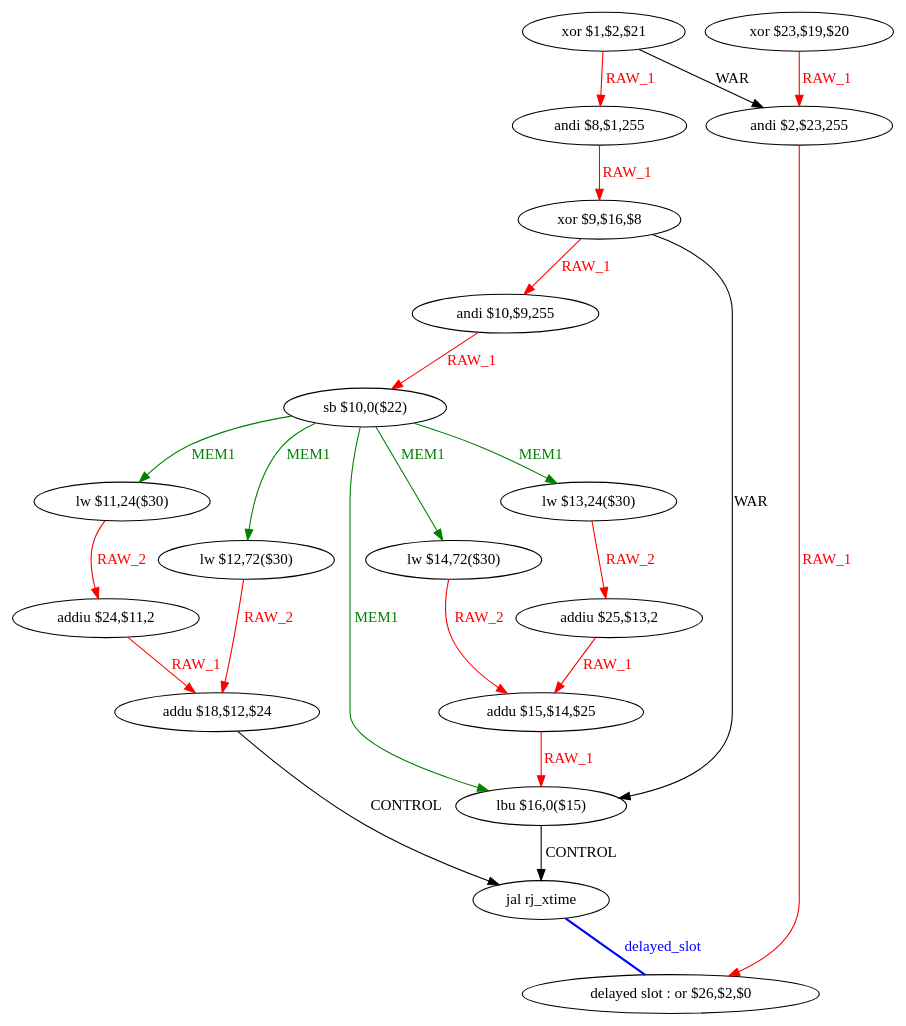
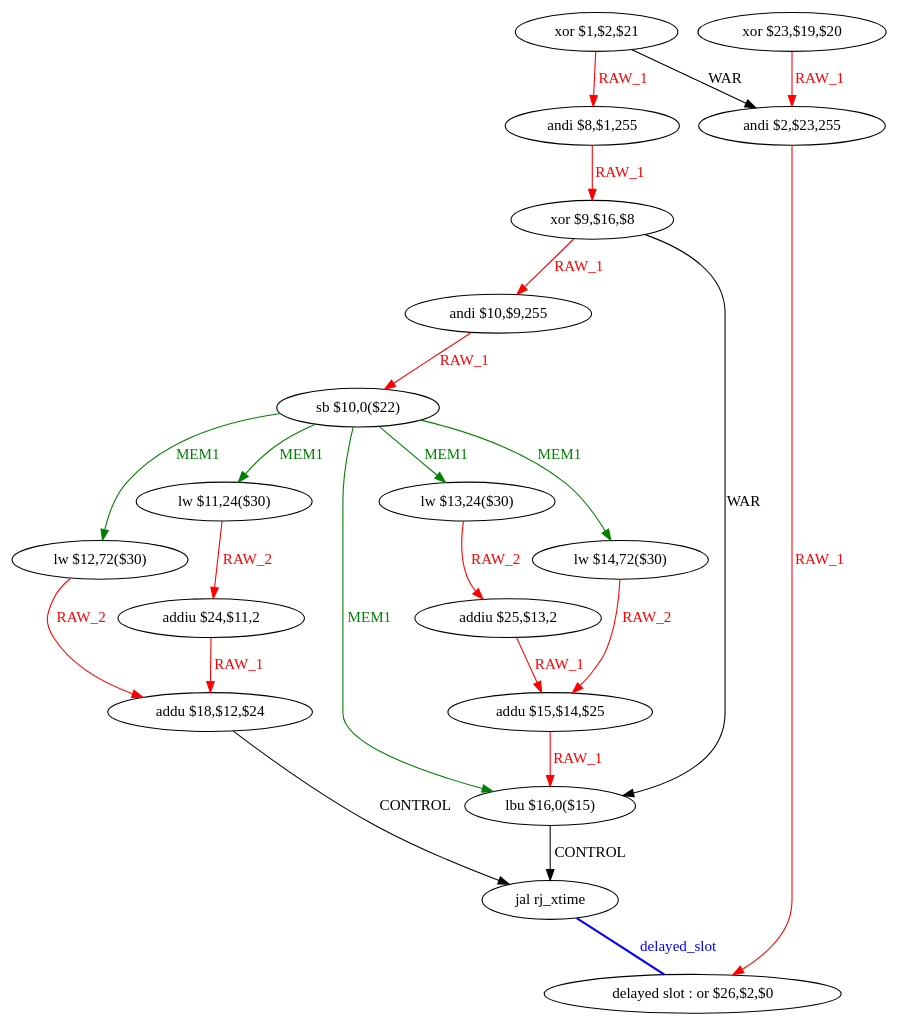
One commit to lisuxue/CA changed the diagram in CoursCA/CodeEtudiant2019/CodeEtudiant/tmp/aes_O0_func_7_dfg_bb3_renamed.dot. Above: the diagram before and after it, drawn with Graphviz. The commit also changed other lines of this file and 169 other files, not shown here.

```diff
--- a/CoursCA/CodeEtudiant2019/CodeEtudiant/tmp/aes_O0_func_7_dfg_bb3_renamed.dot
+++ b/CoursCA/CodeEtudiant2019/CodeEtudiant/tmp/aes_O0_func_7_dfg_bb3_renamed.dot
@@ -1,44 +1,44 @@
 digraph G1 {
 node [shape = ellipse];
 i17 [label = " delayed slot : or $26,$2,$0"] ;
 i16 ->  i17 [style = bold, dir= none, fontcolor = blue, color = blue, label= "delayed_slot"];
 i16 [label = "jal rj_xtime"] ;
 i0 [label = "xor $1,$2,$21"] ;
+i0 ->  i15 [label= "WAR"];
 i0 ->  i1 [color = red, fontcolor = red, label= "RAW_1"];
-i0 ->  i15 [label= "WAR"];
+i15 [label = "andi $2,$23,255"] ;
+i15 ->  i17 [color = red, fontcolor = red, label= "RAW_1"];
 i1 [label = "andi $8,$1,255"] ;
 i1 ->  i2 [color = red, fontcolor = red, label= "RAW_1"];
 i2 [label = "xor $9,$16,$8"] ;
+i2 ->  i13 [label= "WAR"];
 i2 ->  i3 [color = red, fontcolor = red, label= "RAW_1"];
-i2 ->  i13 [label= "WAR"];
+i13 [label = "lbu $16,0($15)"] ;
+i13 ->  i16 [label= "CONTROL"];
 i3 [label = "andi $10,$9,255"] ;
 i3 ->  i4 [color = red, fontcolor = red, label= "RAW_1"];
 i4 [label = "sb $10,0($22)"] ;
+i4 ->  i13 [color = green, fontcolor = green, label= "MEM1"];
+i4 ->  i11 [color = green, fontcolor = green, label= "MEM1"];
+i4 ->  i9 [color = green, fontcolor = green, label= "MEM1"];
+i4 ->  i7 [color = green, fontcolor = green, label= "MEM1"];
 i4 ->  i5 [color = green, fontcolor = green, label= "MEM1"];
-i4 ->  i7 [color = green, fontcolor = green, label= "MEM1"];
-i4 ->  i9 [color = green, fontcolor = green, label= "MEM1"];
-i4 ->  i11 [color = green, fontcolor = green, label= "MEM1"];
-i4 ->  i13 [color = green, fontcolor = green, label= "MEM1"];
+i11 [label = "lw $14,72($30)"] ;
+i11 ->  i12 [color = red, fontcolor = red, label= "RAW_2"];
+i12 [label = "addu $15,$14,$25"] ;
+i12 ->  i13 [color = red, fontcolor = red, label= "RAW_1"];
+i9 [label = "lw $13,24($30)"] ;
+i9 ->  i10 [color = red, fontcolor = red, label= "RAW_2"];
+i10 [label = "addiu $25,$13,2"] ;
+i10 ->  i12 [color = red, fontcolor = red, label= "RAW_1"];
+i7 [label = "lw $12,72($30)"] ;
+i7 ->  i8 [color = red, fontcolor = red, label= "RAW_2"];
+i8 [label = "addu $18,$12,$24"] ;
+i8 ->  i16 [label= "CONTROL"];
 i5 [label = "lw $11,24($30)"] ;
 i5 ->  i6 [color = red, fontcolor = red, label= "RAW_2"];
 i6 [label = "addiu $24,$11,2"] ;
 i6 ->  i8 [color = red, fontcolor = red, label= "RAW_1"];
-i8 [label = "addu $18,$12,$24"] ;
-i8 ->  i16 [label= "CONTROL"];
-i7 [label = "lw $12,72($30)"] ;
-i7 ->  i8 [color = red, fontcolor = red, label= "RAW_2"];
-i9 [label = "lw $13,24($30)"] ;
-i9 ->  i10 [color = red, fontcolor = red, label= "RAW_2"];
-i10 [label = "addiu $25,$13,2"] ;
-i10 ->  i12 [color = red, fontcolor = red, label= "RAW_1"];
-i12 [label = "addu $15,$14,$25"] ;
-i12 ->  i13 [color = red, fontcolor = red, label= "RAW_1"];
-i13 [label = "lbu $16,0($15)"] ;
-i13 ->  i16 [label= "CONTROL"];
-i11 [label = "lw $14,72($30)"] ;
-i11 ->  i12 [color = red, fontcolor = red, label= "RAW_2"];
-i15 [label = "andi $2,$23,255"] ;
-i15 ->  i17 [color = red, fontcolor = red, label= "RAW_1"];
 i14 [label = "xor $23,$19,$20"] ;
 i14 ->  i15 [color = red, fontcolor = red, label= "RAW_1"];
 }
```
